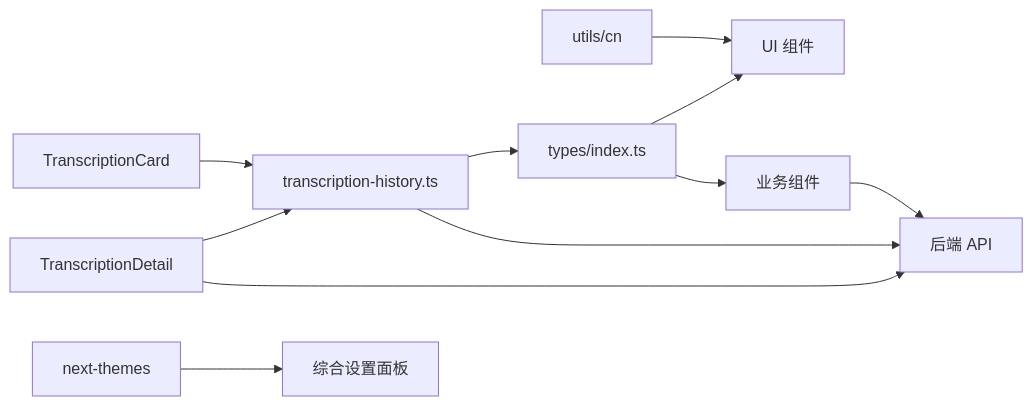
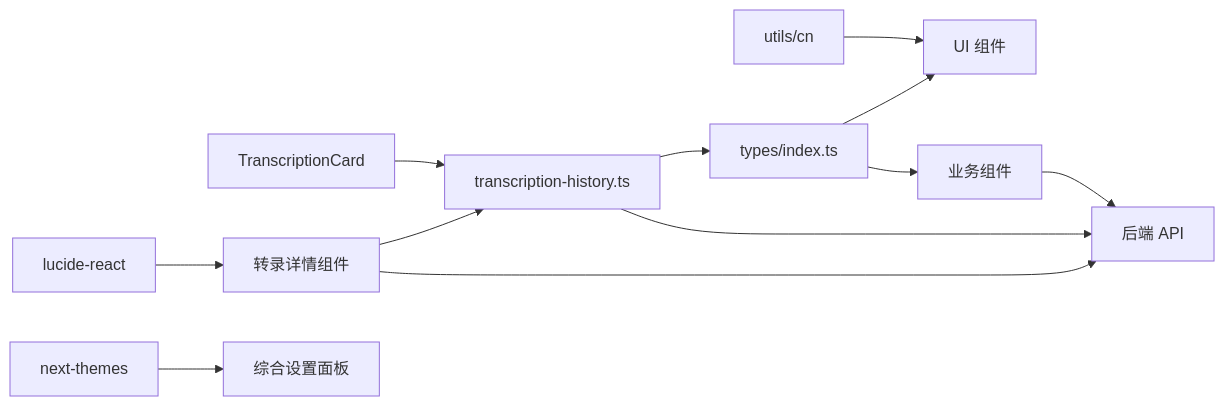
One commit to clawbotai/memo-flow changed diagram 17 of 17 in .qoder/repowiki/zh/content/UI 组件系统/UI 组件系统.md. Above: the diagram before and after it, drawn with Mermaid. The commit also changed other lines of this file and 5 other files, not shown here.

````diff
--- a/.qoder/repowiki/zh/content/UI 组件系统/UI 组件系统.md
+++ b/.qoder/repowiki/zh/content/UI 组件系统/UI 组件系统.md
@@ -835,13 +842,14 @@
 ```mermaid
 graph LR
 Utils["utils/cn"] --> UI["UI 组件"]
 Types["types/index.ts"] --> UI
 Types --> Biz["业务组件"]
 Biz --> APIs["后端 API"]
 HistoryLib["transcription-history.ts"] --> Types
 HistoryLib --> APIs
 TranscriptionCard --> HistoryLib
 TranscriptionDetail --> HistoryLib
 TranscriptionDetail --> APIs
 ThemeProvider["next-themes"] --> WhisperSettings["综合设置面板"]
+Icons["lucide-react"] --> TranscriptionDetail["转录详情组件"]
 ```
````
